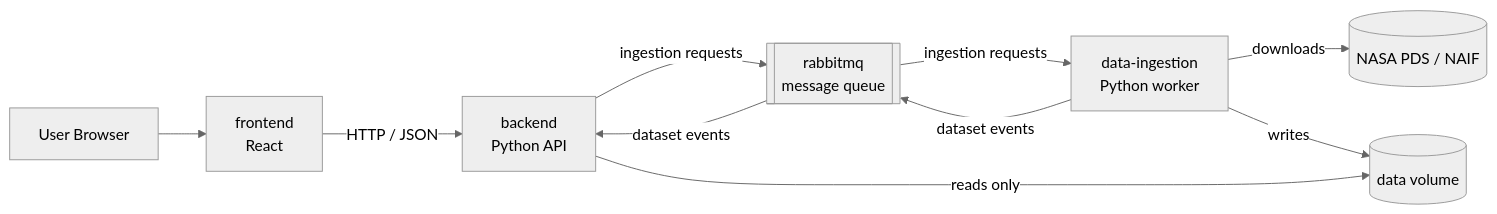
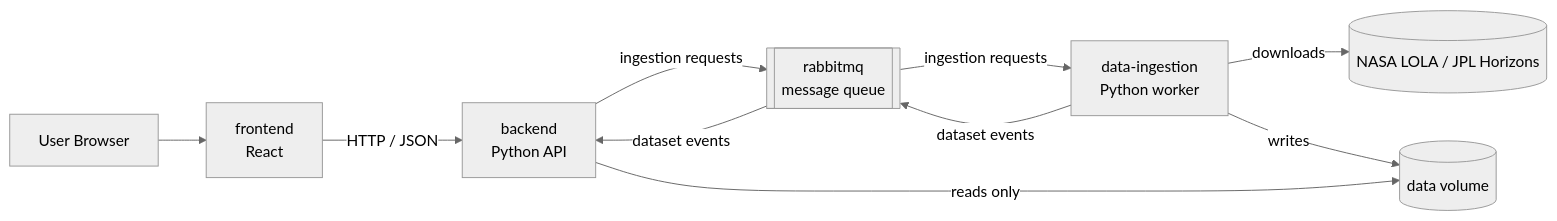
The diagram in docs/technologies.md (nasa-space-58/Nasa-Space-Apps-Challenge), drawn with Mermaid (neutral theme) before and after one commit. The commit also changed other lines of this file and 4 other files, not shown here.

Commit message:
docs: define NASA MVP scope and phased roadmap

````diff
--- a/docs/technologies.md
+++ b/docs/technologies.md
@@ -16,12 +20,12 @@
 ```mermaid
 flowchart LR
     User[User Browser] --> Frontend[frontend<br/>React]
     Frontend -->|HTTP / JSON| Backend[backend<br/>Python API]
     Backend -->|ingestion requests| Queue[[rabbitmq<br/>message queue]]
     Queue -->|ingestion requests| Ingestion[data-ingestion<br/>Python worker]
     Ingestion -->|dataset events| Queue
     Queue -->|dataset events| Backend
-    Ingestion -->|downloads| NASA[(NASA PDS / NAIF)]
+    Ingestion -->|downloads| NASA[(NASA LOLA / JPL Horizons)]
     Ingestion -->|writes| Data[(data volume)]
     Backend -->|reads only| Data
 ```
````
